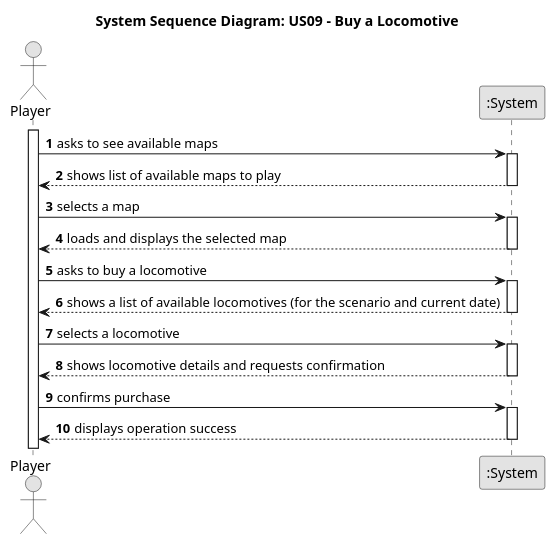
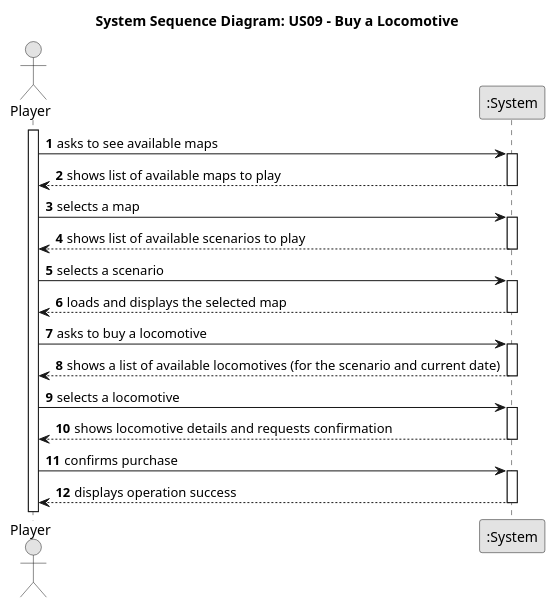
Before and after one commit to HenriqueSilva18/Railway-Network-Simulator: the diagram in docs/system-documentation/Sprint 2/US09/01.requirements-engineering/puml/US09-SSD.puml, drawn with PlantUML. The commit also changed 26 other files, not shown here.

```diff
--- a/docs/system-documentation/Sprint 2/US09/01.requirements-engineering/puml/US09-SSD.puml
+++ b/docs/system-documentation/Sprint 2/US09/01.requirements-engineering/puml/US09-SSD.puml
@@ -1,43 +1,47 @@
 @startuml
 skinparam monochrome true
 skinparam packageStyle rectangle
 skinparam shadowing false
 
 autonumber
 
 title System Sequence Diagram: US09 - Buy a Locomotive
 
 actor "Player" as Player
 participant ":System" as System
 
 activate Player
-Player -> System : asks to see available maps
+Player -> System: asks to see available maps
+activate System
+System --> Player: shows list of available maps to play
+deactivate System
+Player -> System: selects a map
+activate System
+System --> Player: shows list of available scenarios to play
+deactivate System
+Player -> System : selects a scenario
 activate System
 
-System --> Player: shows list of available maps to play
+System --> Player: loads and displays the selected map
 deactivate System
 
-Player -> System: selects a map
-
-activate System
-System --> Player: loads and displays the selected map
 deactivate System
     Player -> System : asks to buy a locomotive
     activate System
 
         System --> Player : shows a list of available locomotives (for the scenario and current date)
     deactivate System
 
     Player -> System : selects a locomotive
     activate System
 
         System --> Player : shows locomotive details and requests confirmation
     deactivate System
 
     Player -> System : confirms purchase
     activate System
 
         System --> Player : displays operation success
     deactivate System
 
 @enduml
```
